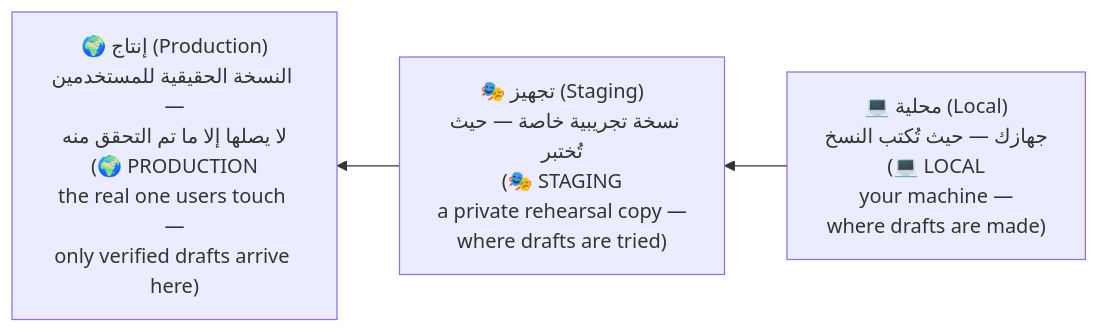
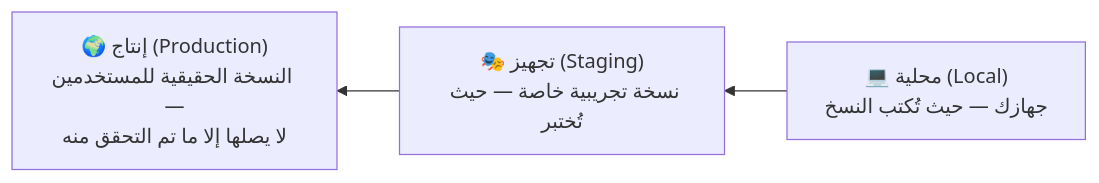
The fifth of 7 diagrams in modules/00-foundations/foundations.ar.md (Tamoura/system-design-for-vibe-coders), drawn with Mermaid before and after one commit. The commit also changed other lines of this file and 551 other files, not shown here.

````diff
--- a/modules/00-foundations/foundations.ar.md
+++ b/modules/00-foundations/foundations.ar.md
@@ -200,5 +211,5 @@
 ```mermaid
 flowchart RL
-    L["💻 محلية (Local)<br/>جهازك — حيث تُكتب النسخ<br/>(💻 LOCAL<br/>your machine —<br/>where drafts are made)"] --> S["🎭 تجهيز (Staging)<br/>نسخة تجريبية خاصة — حيث تُختبر<br/>(🎭 STAGING<br/>a private rehearsal copy —<br/>where drafts are tried)"]
-    S --> P["🌍 إنتاج (Production)<br/>النسخة الحقيقية للمستخدمين —<br/>لا يصلها إلا ما تم التحقق منه<br/>(🌍 PRODUCTION<br/>the real one users touch —<br/>only verified drafts arrive here)"]
+    L["💻 محلية (Local)<br/>جهازك — حيث تُكتب النسخ"] --> S["🎭 تجهيز (Staging)<br/>نسخة تجريبية خاصة — حيث تُختبر"]
+    S --> P["🌍 إنتاج (Production)<br/>النسخة الحقيقية للمستخدمين —<br/>لا يصلها إلا ما تم التحقق منه"]
 ```
````
